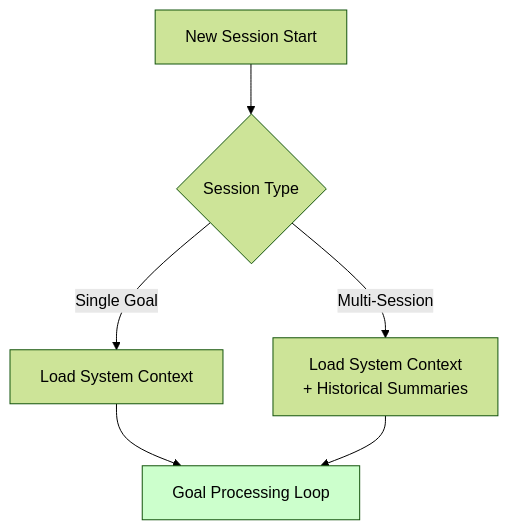
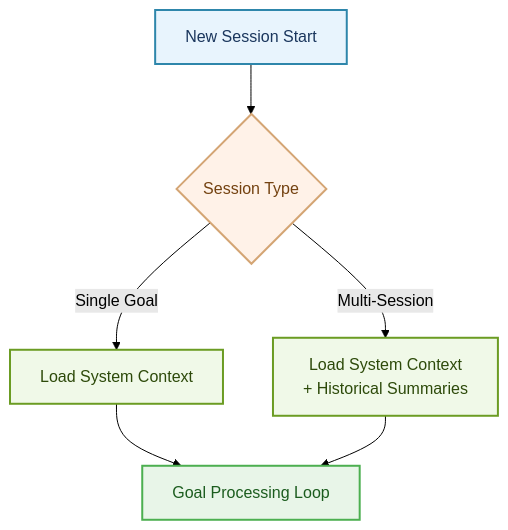
One commit to raphaelmansuy/digital_palace changed the first of 17 diagrams in reference/technical-articles/2025-06-29-context-management-llm-agents.md. Above: the diagram before and after it, drawn with Mermaid (forest theme). The commit also changed other lines of this file, not shown here.

Commit message:
feat: enhance flowchart styles for improved visual clarity and consistency

````diff
--- a/reference/technical-articles/2025-06-29-context-management-llm-agents.md
+++ b/reference/technical-articles/2025-06-29-context-management-llm-agents.md
@@ -63,10 +63,14 @@
 ```mermaid
 flowchart TD
     A[New Session Start] --> B{Session Type}
     B -->|Single Goal| C[Load System Context]
     B -->|Multi-Session| D[Load System Context<br/>+ Historical Summaries]
     C --> E[Goal Processing Loop]
     D --> E
     
-    style E fill:#ccffcc
+    style A fill:#E8F4FD,stroke:#2E86AB,stroke-width:2px,color:#1A365D
+    style B fill:#FFF2E8,stroke:#D4A574,stroke-width:2px,color:#744210
+    style C fill:#F0F9E8,stroke:#6B9C23,stroke-width:2px,color:#2D4A0A
+    style D fill:#F0F9E8,stroke:#6B9C23,stroke-width:2px,color:#2D4A0A
+    style E fill:#E8F5E8,stroke:#4CAF50,stroke-width:2px,color:#1B5C1E
 ```
````
